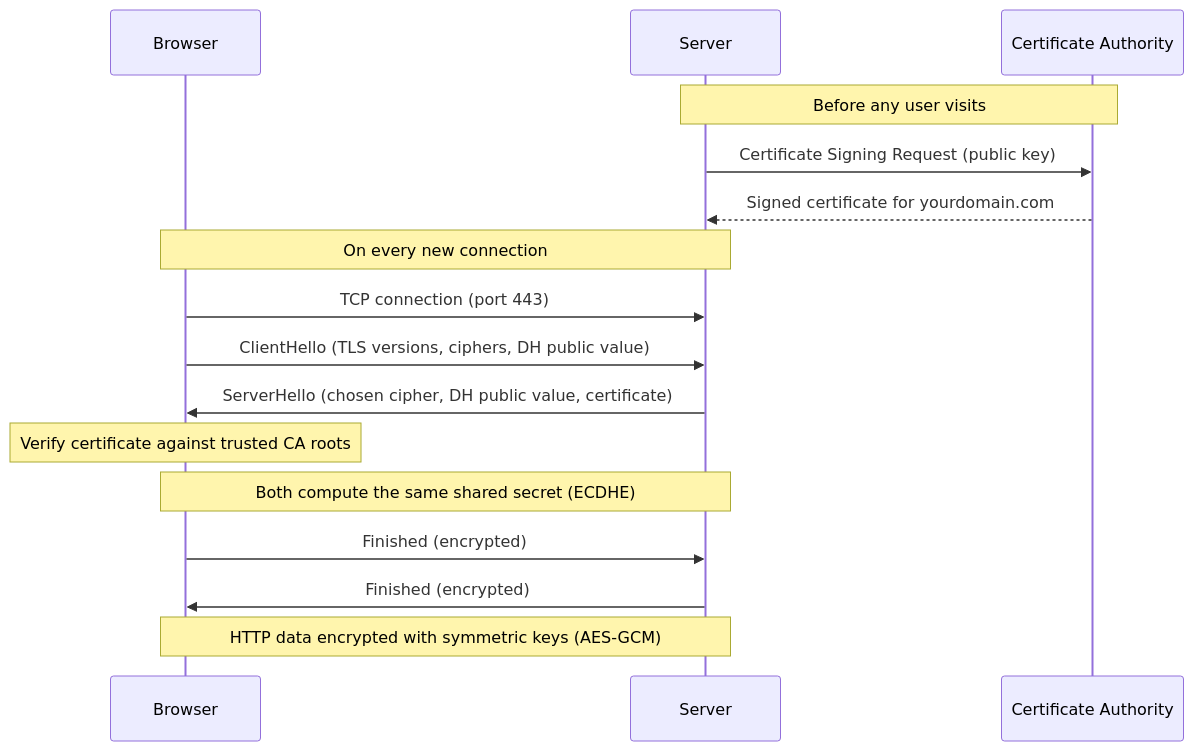
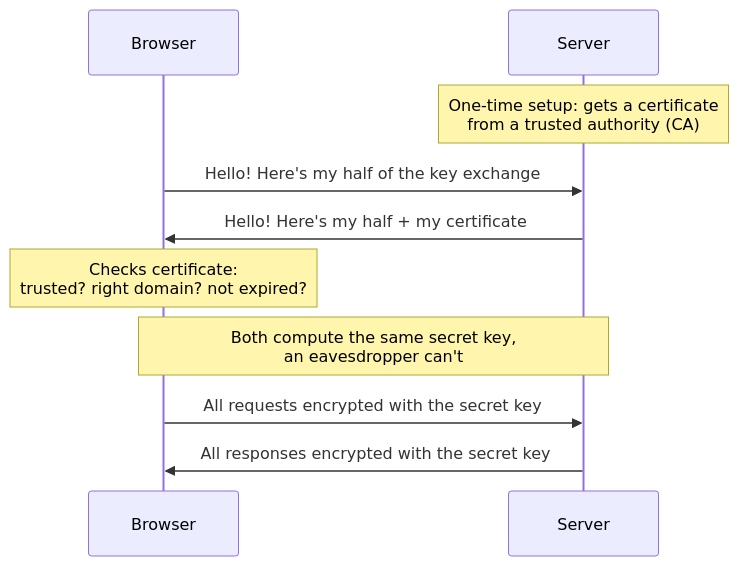
The diagram in posts/http-vs-https.md (ip127001/my-blog), drawn with Mermaid before and after one commit. The commit also changed other lines of this file, not shown here.

````diff
--- a/posts/http-vs-https.md
+++ b/posts/http-vs-https.md
@@ -53,20 +60,13 @@
 ```mermaid
 sequenceDiagram
     participant B as Browser
     participant S as Server
-    participant CA as Certificate Authority
 
-    Note over S,CA: Before any user visits
-    S->>CA: Certificate Signing Request (public key)
-    CA-->>S: Signed certificate for yourdomain.com
-
-    Note over B,S: On every new connection
-    B->>S: TCP connection (port 443)
-    B->>S: ClientHello (TLS versions, ciphers, DH public value)
-    S->>B: ServerHello (chosen cipher, DH public value, certificate)
-    Note over B: Verify certificate against trusted CA roots
-    Note over B,S: Both compute the same shared secret (ECDHE)
-    B->>S: Finished (encrypted)
-    S->>B: Finished (encrypted)
-    Note over B,S: HTTP data encrypted with symmetric keys (AES-GCM)
+    Note over S: One-time setup: gets a certificate<br/>from a trusted authority (CA)
+    B->>S: Hello! Here's my half of the key exchange
+    S->>B: Hello! Here's my half + my certificate
+    Note over B: Checks certificate:<br/>trusted? right domain? not expired?
+    Note over B,S: Both compute the same secret key,<br/>an eavesdropper can't
+    B->>S: All requests encrypted with the secret key
+    S->>B: All responses encrypted with the secret key
 ```
````
